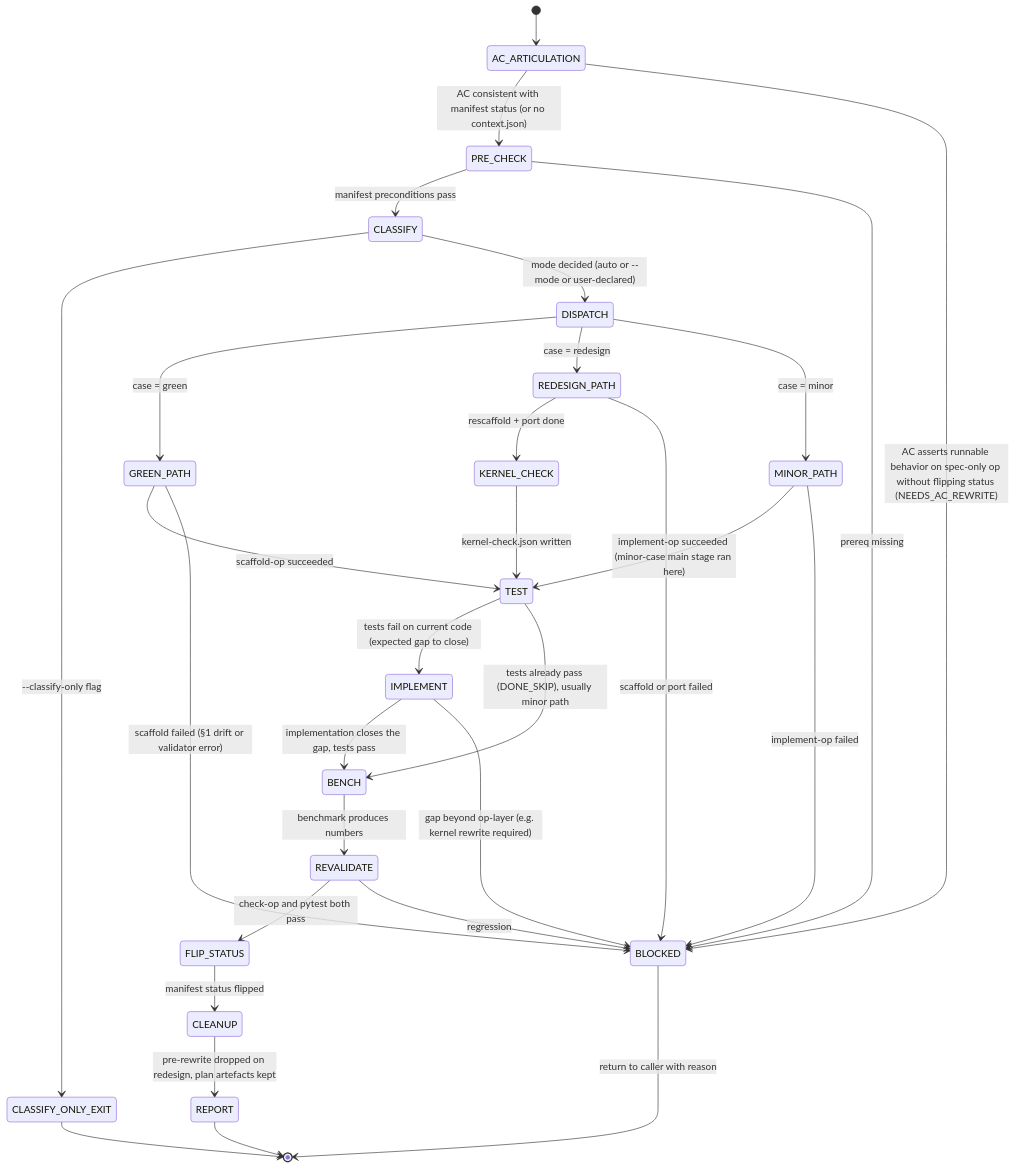
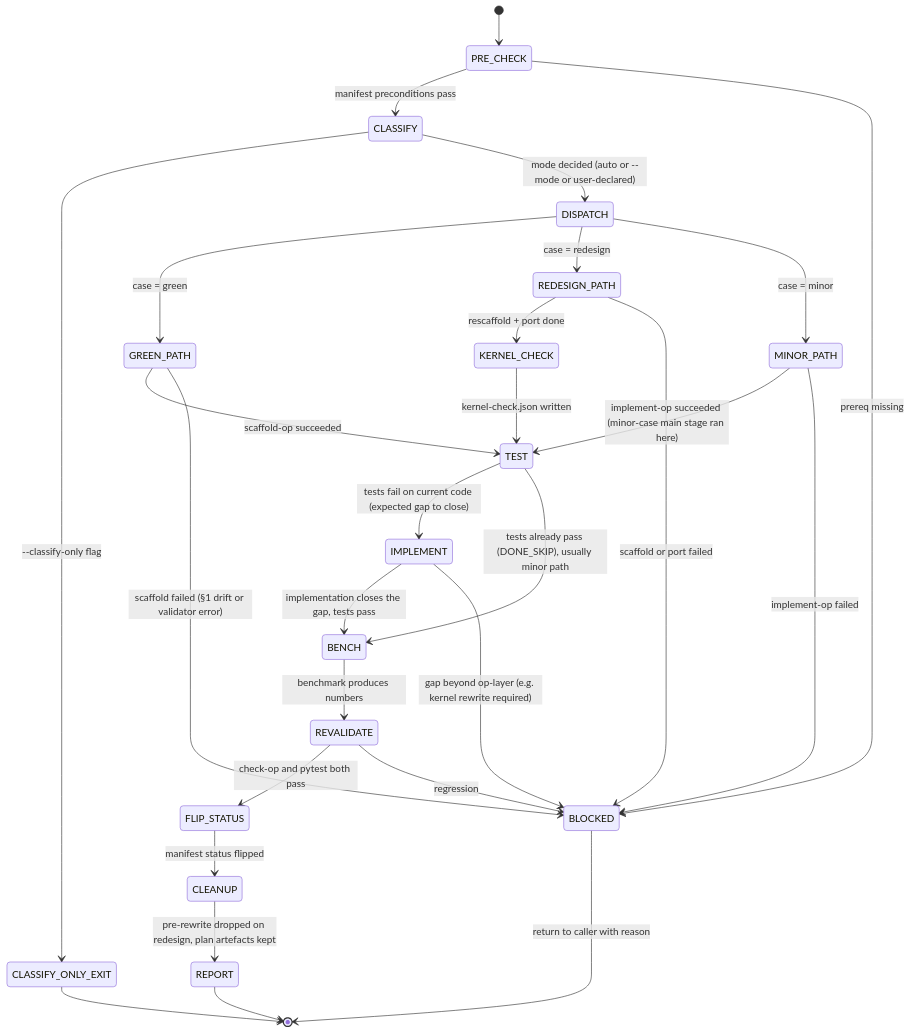
Before and after one commit to tile-ai/TileOPs: the diagram in .claude/skills/align-op/SKILL.md, drawn with Mermaid. The commit also changed other lines of this file and 1 other file, not shown here.

First line of the commit message:
[Revert] AC_ARTICULATION step from align-op / align-family

````diff
--- a/.claude/skills/align-op/SKILL.md
+++ b/.claude/skills/align-op/SKILL.md
@@ -49,32 +49,30 @@
 ```mermaid
 stateDiagram-v2
-    [*] --> AC_ARTICULATION
-    AC_ARTICULATION --> PRE_CHECK: AC consistent with manifest status (or no context.json)
-    AC_ARTICULATION --> BLOCKED: AC asserts runnable behavior on spec-only op without flipping status (NEEDS_AC_REWRITE)
+    [*] --> PRE_CHECK
     PRE_CHECK --> CLASSIFY: manifest preconditions pass
     PRE_CHECK --> BLOCKED: prereq missing
     CLASSIFY --> CLASSIFY_ONLY_EXIT: --classify-only flag
     CLASSIFY --> DISPATCH: mode decided (auto or --mode or user-declared)
     DISPATCH --> GREEN_PATH: case = green
     DISPATCH --> REDESIGN_PATH: case = redesign
     DISPATCH --> MINOR_PATH: case = minor
     GREEN_PATH --> TEST: scaffold-op succeeded
     REDESIGN_PATH --> KERNEL_CHECK: rescaffold + port done
     KERNEL_CHECK --> TEST: kernel-check.json written
     MINOR_PATH --> TEST: implement-op succeeded (minor-case main stage ran here)
     TEST --> IMPLEMENT: tests fail on current code (expected gap to close)
     TEST --> BENCH: tests already pass (DONE_SKIP), usually minor path
     IMPLEMENT --> BENCH: implementation closes the gap, tests pass
     IMPLEMENT --> BLOCKED: gap beyond op-layer (e.g. kernel rewrite required)
     BENCH --> REVALIDATE: benchmark produces numbers
     REVALIDATE --> FLIP_STATUS: check-op and pytest both pass
     REVALIDATE --> BLOCKED: regression
     FLIP_STATUS --> CLEANUP: manifest status flipped
     CLEANUP --> REPORT: pre-rewrite dropped on redesign, plan artefacts kept
     REPORT --> [*]
     CLASSIFY_ONLY_EXIT --> [*]
     GREEN_PATH --> BLOCKED: scaffold failed (§1 drift or validator error)
     REDESIGN_PATH --> BLOCKED: scaffold or port failed
     MINOR_PATH --> BLOCKED: implement-op failed
     BLOCKED --> [*]: return to caller with reason
 ```
````
